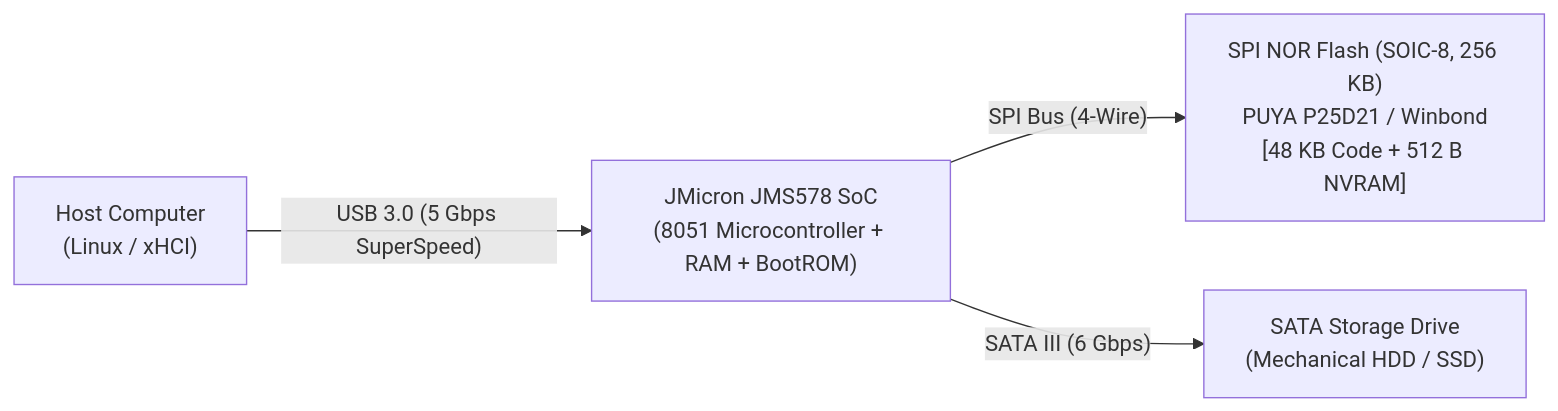
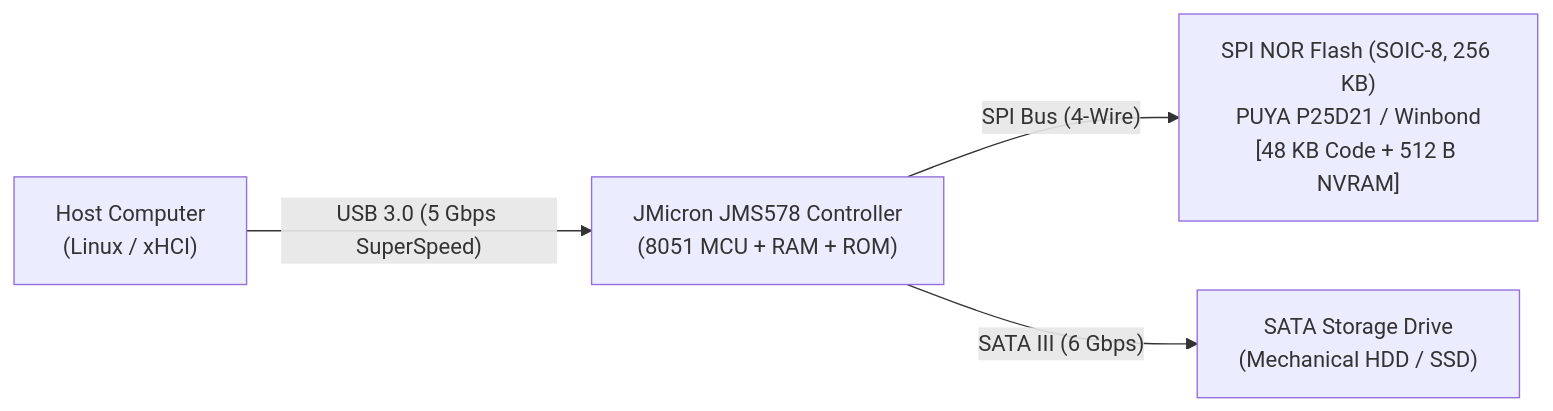
Before and after one commit to khoipm06/jms578-firmware-guide: the first of 6 diagrams in README.md, drawn with Mermaid. The commit also changed other lines of this file and 2 other files, not shown here.

Commit message:
docs: finalize jms578 firmware guide, flashing procedures, caveats, and uas audit

````diff
--- a/README.md
+++ b/README.md
@@ -41,6 +44,6 @@
 ```mermaid
 graph LR
-    Host["Host Computer<br/>(Linux / xHCI)"] -- "USB 3.0 (5 Gbps SuperSpeed)" --> JMS578["JMicron JMS578 SoC<br/>(8051 Microcontroller + RAM + BootROM)"]
+    Host["Host Computer<br/>(Linux / xHCI)"] -- "USB 3.0 (5 Gbps SuperSpeed)" --> JMS578["JMicron JMS578 Controller<br/>(8051 MCU + RAM + ROM)"]
     JMS578 -- "SPI Bus (4-Wire)" --> SPIFlash["SPI NOR Flash (SOIC-8, 256 KB)<br/>PUYA P25D21 / Winbond<br/>[48 KB Code + 512 B NVRAM]"]
     JMS578 -- "SATA III (6 Gbps)" --> Drive["SATA Storage Drive<br/>(Mechanical HDD / SSD)"]
 ```
````
